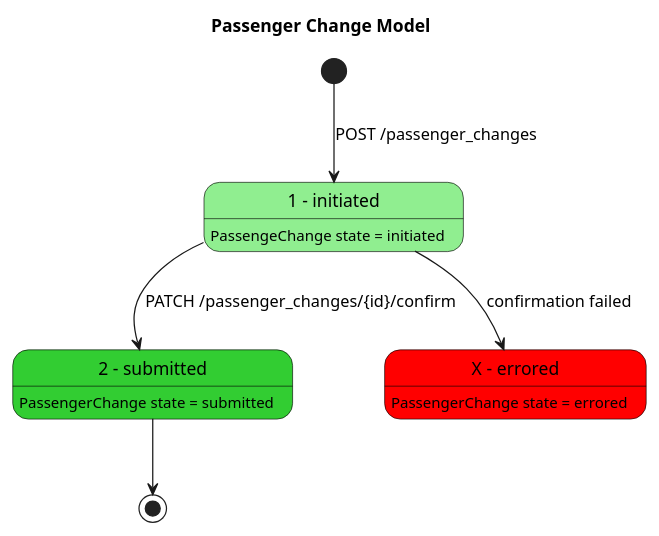
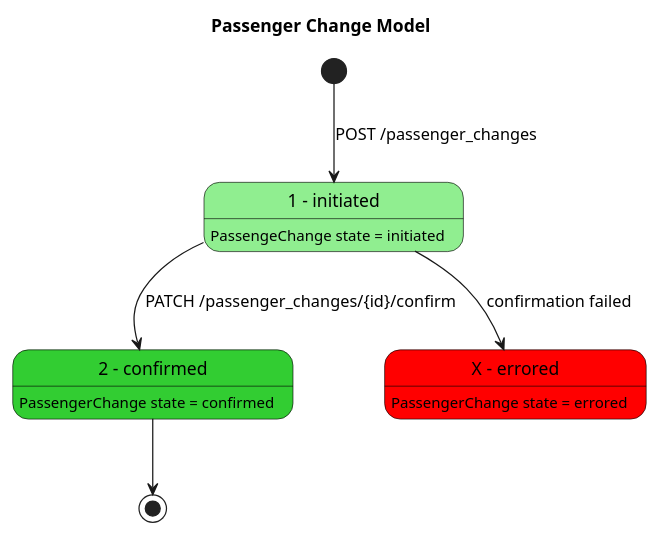
Before and after one commit to loco2/locohub-api-documentation: the diagram in plantUML/passenger_change_state_diagram.puml, drawn with PlantUML. The commit also changed other lines of this file, not shown here.

Commit message:
Update passenger change final state

```diff
--- a/plantUML/passenger_change_state_diagram.puml
+++ b/plantUML/passenger_change_state_diagram.puml
@@ -1,28 +1,28 @@
 @startuml
 
 ' in order to change th\is diagram, please got to http://www.planttext.com
 skinparam state {
   StartColor Black
   EndColor Black
   BackgroundColor LightYellow
   BackgroundColor<<Initiated>> LightGreen
   BackgroundColor<<Confirmed>> LimeGreen
   BackgroundColor<<Errored>> Red
   BorderColor Black
   FontName Impact
 }
 title Passenger Change Model
 state "1 - initiated" as Initiated<<Initiated>>
 Initiated: PassengeChange state = initiated
-state "2 - submitted" as Confirmed<<Confirmed>>
-Confirmed: PassengerChange state = submitted
+state "2 - confirmed" as Confirmed<<Confirmed>>
+Confirmed: PassengerChange state = confirmed
 state "X - errored" as Errored <<Errored>>
 Errored: PassengerChange state = errored   
 
 Initiated --> Errored : confirmation failed
 
 [*] -down->Initiated:  POST /passenger_changes
 Initiated -down-> Confirmed :  PATCH /passenger_changes/{id}/confirm
 Confirmed -down-> [*]
 
 @enduml
```
